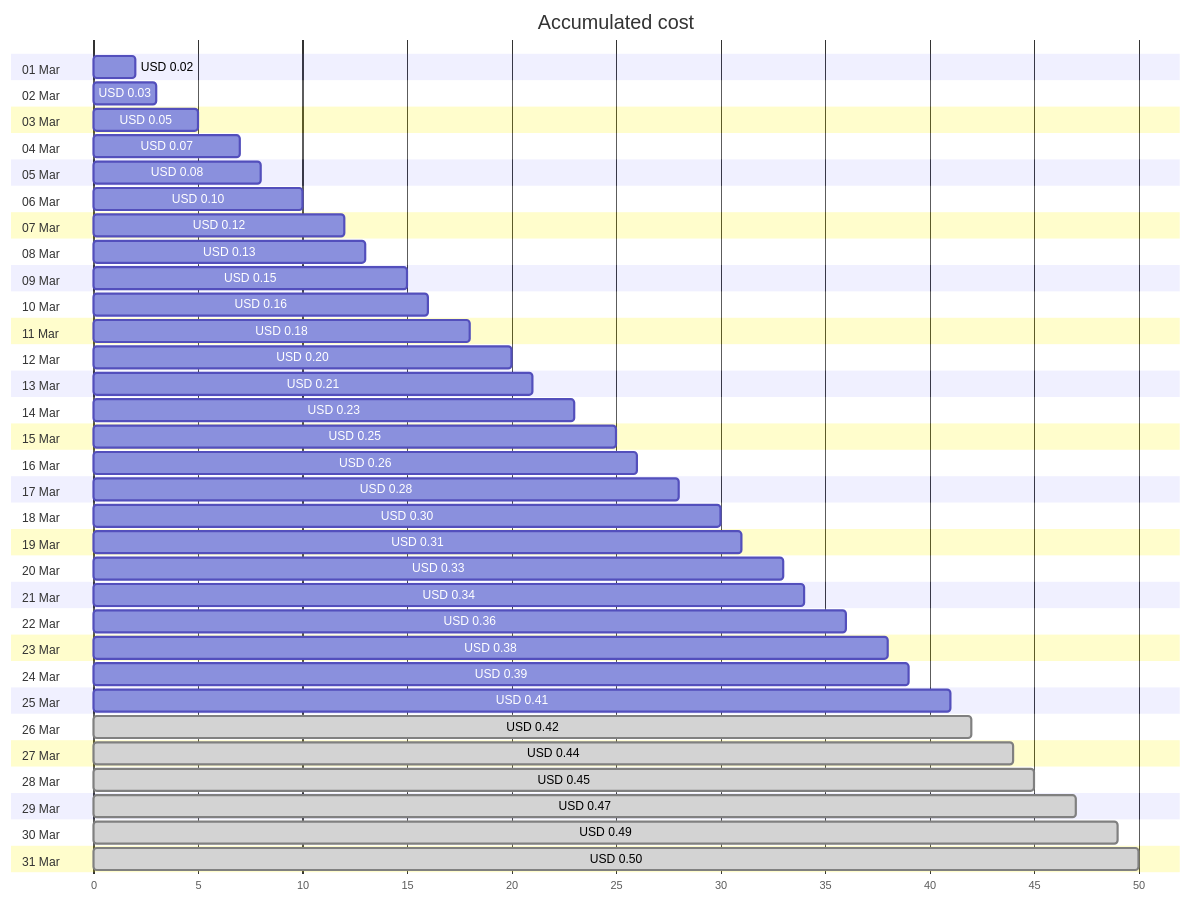
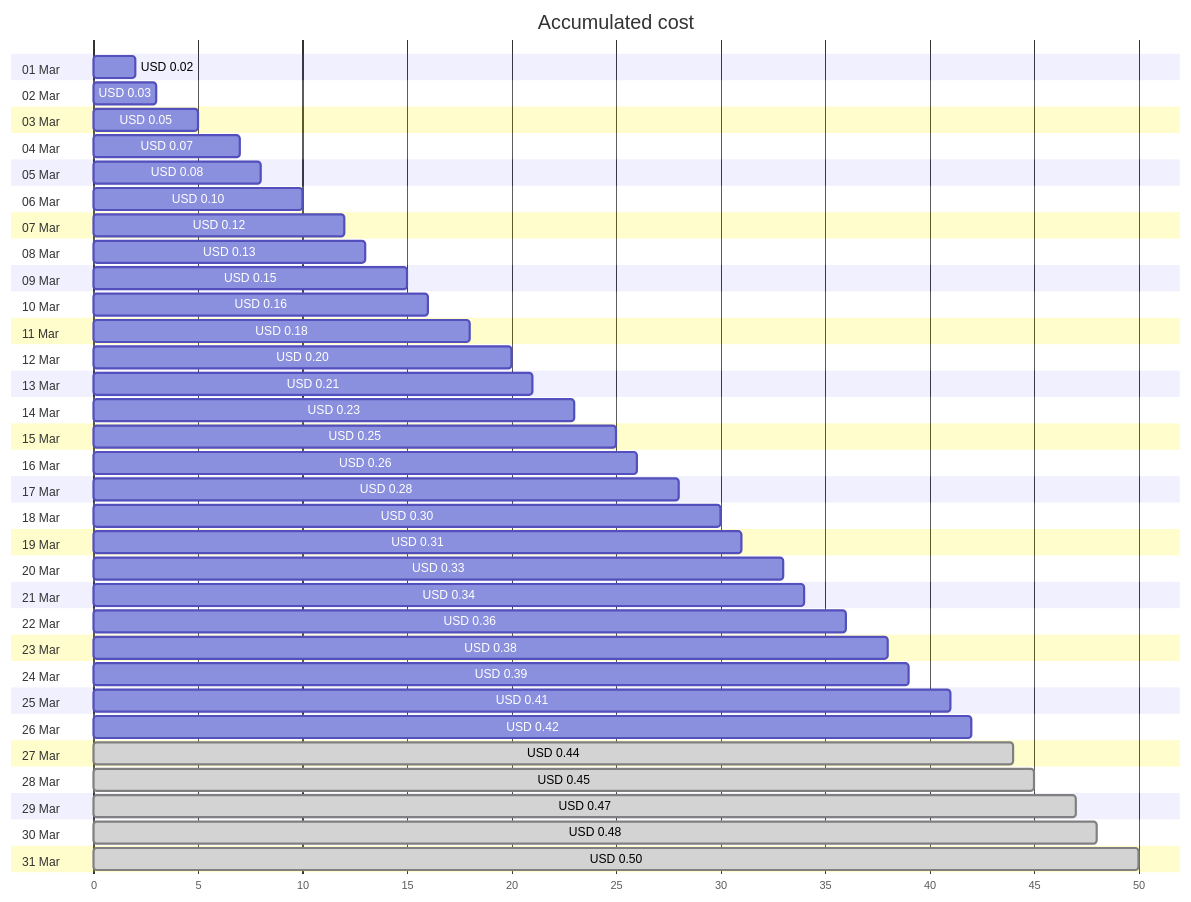
The first of 4 diagrams in cost-reports/personal-dns/jpatrickfulton.com.md (jpfulton/azure-personal-reports), drawn with Mermaid before and after one commit. The commit also changed other lines of this file and 2 other files, not shown here.

````diff
--- a/cost-reports/personal-dns/jpatrickfulton.com.md
+++ b/cost-reports/personal-dns/jpatrickfulton.com.md
@@ -20,68 +20,68 @@
 ```mermaid
 gantt
    title Accumulated cost
    dateFormat  X
    axisFormat %s
    section 01 Mar
    USD 0.02 :0, 2
    section 02 Mar
    USD 0.03 :0, 3
    section 03 Mar
    USD 0.05 :0, 5
    section 04 Mar
    USD 0.07 :0, 7
    section 05 Mar
    USD 0.08 :0, 8
    section 06 Mar
    USD 0.10 :0, 10
    section 07 Mar
    USD 0.12 :0, 12
    section 08 Mar
    USD 0.13 :0, 13
    section 09 Mar
    USD 0.15 :0, 15
    section 10 Mar
    USD 0.16 :0, 16
    section 11 Mar
    USD 0.18 :0, 18
    section 12 Mar
    USD 0.20 :0, 20
    section 13 Mar
    USD 0.21 :0, 21
    section 14 Mar
    USD 0.23 :0, 23
    section 15 Mar
    USD 0.25 :0, 25
    section 16 Mar
    USD 0.26 :0, 26
    section 17 Mar
    USD 0.28 :0, 28
    section 18 Mar
    USD 0.30 :0, 30
    section 19 Mar
    USD 0.31 :0, 31
    section 20 Mar
    USD 0.33 :0, 33
    section 21 Mar
    USD 0.34 :0, 34
    section 22 Mar
    USD 0.36 :0, 36
    section 23 Mar
    USD 0.38 :0, 38
    section 24 Mar
    USD 0.39 :0, 39
    section 25 Mar
    USD 0.41 :0, 41
    section 26 Mar
-   USD 0.42 : done, 0, 42
+   USD 0.42 :0, 42
    section 27 Mar
    USD 0.44 : done, 0, 44
    section 28 Mar
    USD 0.45 : done, 0, 45
    section 29 Mar
    USD 0.47 : done, 0, 47
    section 30 Mar
-   USD 0.49 : done, 0, 49
+   USD 0.48 : done, 0, 48
    section 31 Mar
    USD 0.50 : done, 0, 50
 ```
````
